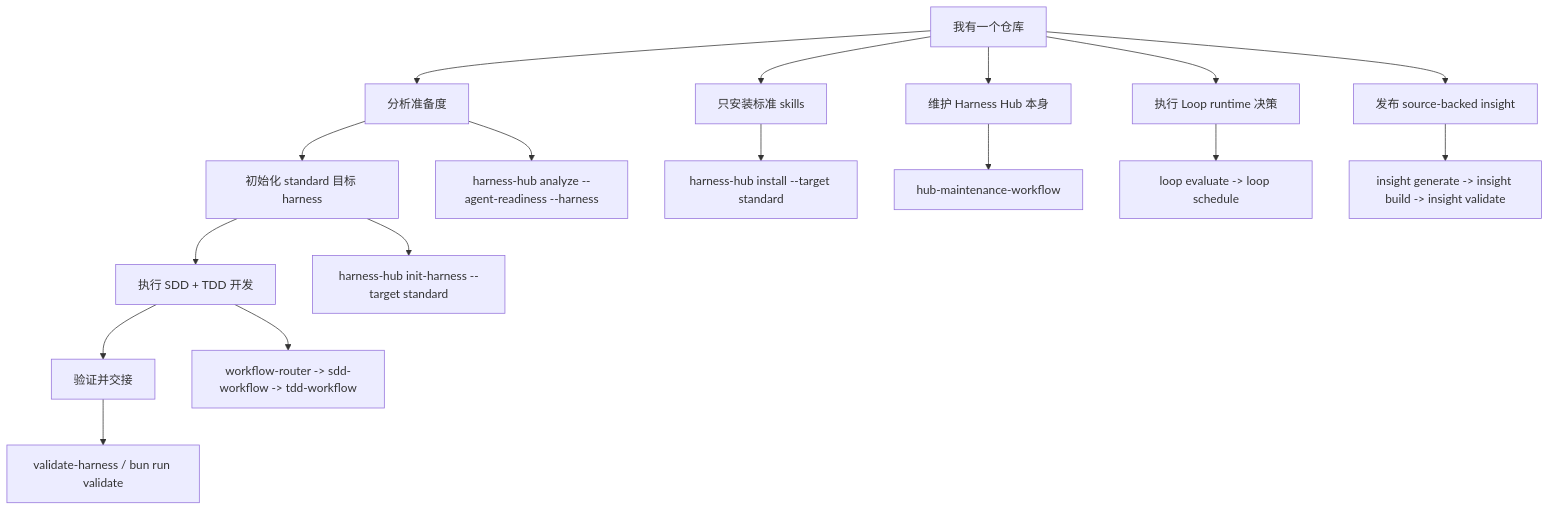
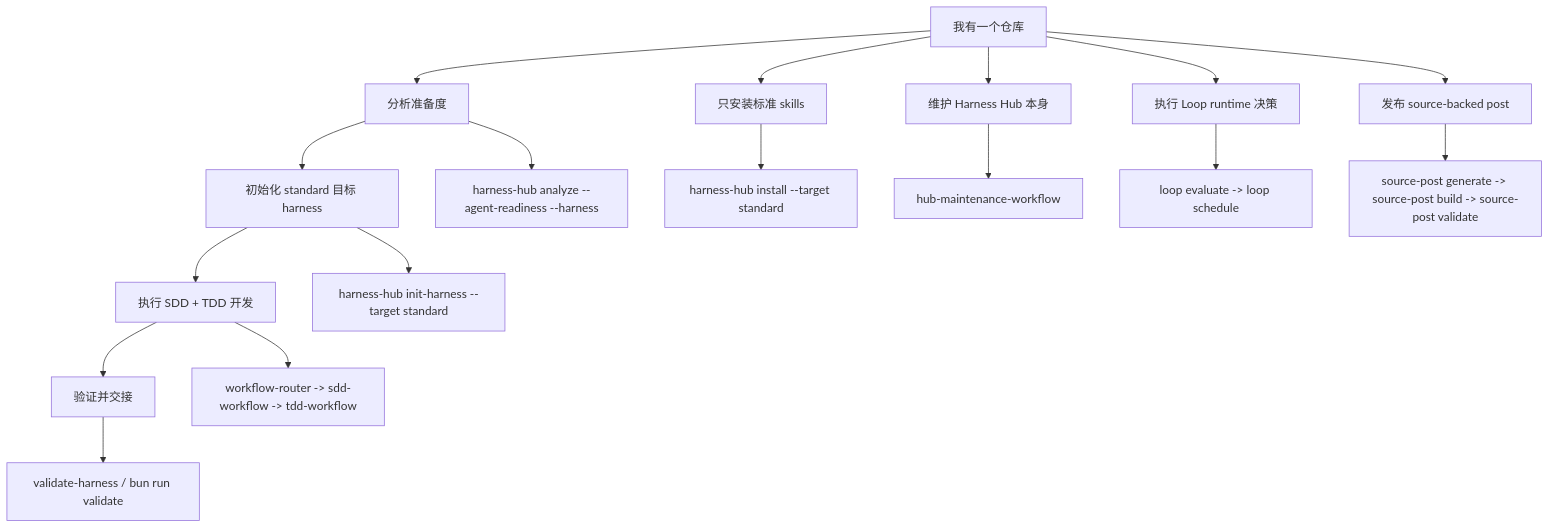
The diagram in README.zh-CN.md (JasonxzWen/harness-hub), drawn with Mermaid before and after one commit. The commit also changed other lines of this file, not shown here.

Commit message:
Fix Chinese README source-post guidance

````diff
--- a/README.zh-CN.md
+++ b/README.zh-CN.md
@@ -38,21 +38,21 @@
 ```mermaid
 flowchart TD
   Start["我有一个仓库"] --> Analyze["分析准备度"]
   Analyze --> Init["初始化 standard 目标 harness"]
   Init --> Work["执行 SDD + TDD 开发"]
   Work --> Validate["验证并交接"]
 
   Start --> Skills["只安装标准 skills"]
   Start --> Maintain["维护 Harness Hub 本身"]
   Start --> Loop["执行 Loop runtime 决策"]
-  Start --> Insight["发布 source-backed insight"]
+  Start --> SourcePost["发布 source-backed post"]
 
   Analyze --> A1["harness-hub analyze --agent-readiness --harness"]
   Init --> I1["harness-hub init-harness --target standard"]
   Skills --> S1["harness-hub install --target standard"]
   Work --> W1["workflow-router -> sdd-workflow -> tdd-workflow"]
   Validate --> V1["validate-harness / bun run validate"]
   Maintain --> M1["hub-maintenance-workflow"]
   Loop --> L1["loop evaluate -> loop schedule"]
-  Insight --> P1["insight generate -> insight build -> insight validate"]
+  SourcePost --> P1["source-post generate -> source-post build -> source-post validate"]
 ```
````
